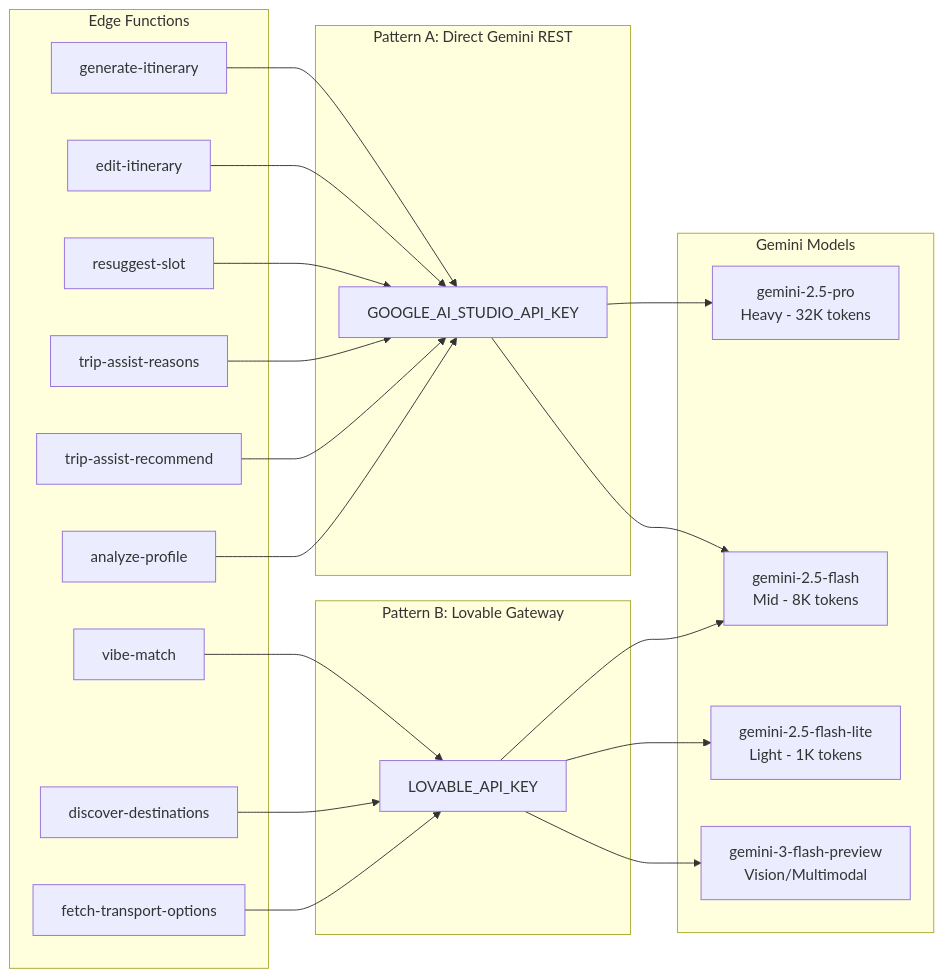
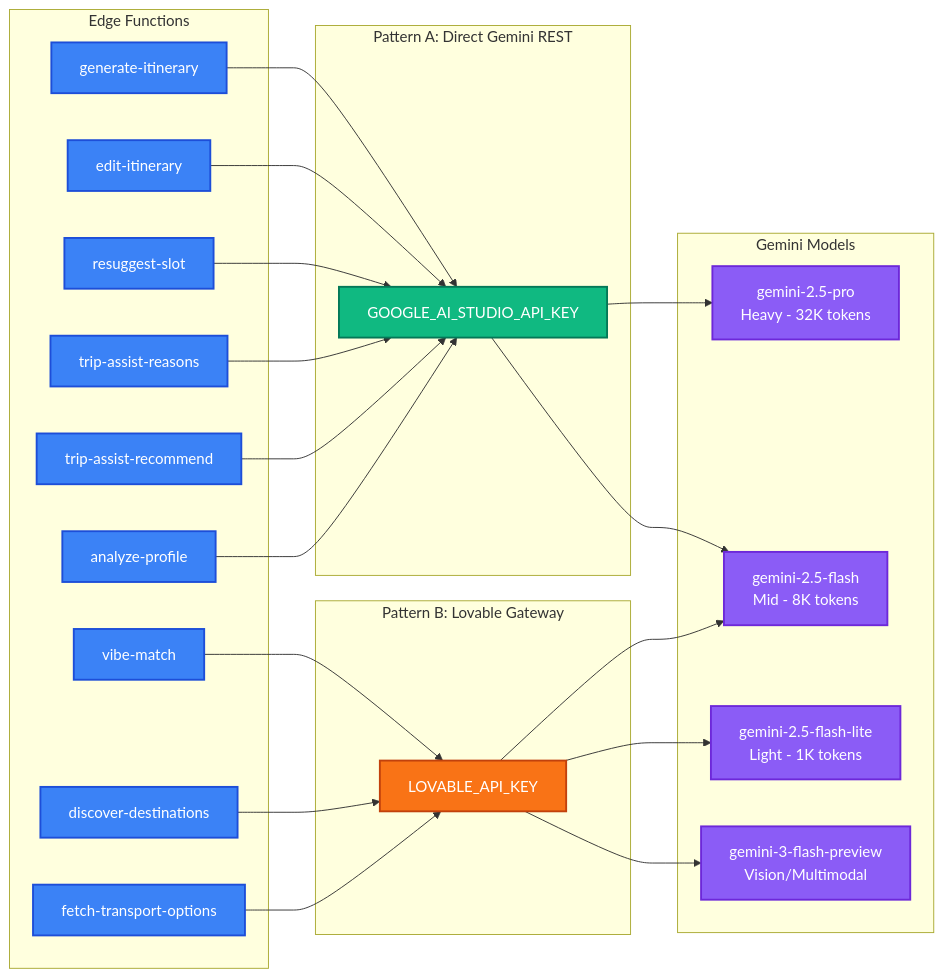
One commit to Adamya-Varshney/Xcurson-AI-Travel-Planner changed the fourth of 9 diagrams in README.md. Above: the diagram before and after it, drawn with Mermaid. The commit also changed other lines of this file, not shown here.

First line of the commit message:
Style README diagrams with bright color-coded theme

````diff
--- a/README.md
+++ b/README.md
@@ -374,36 +401,46 @@
 ```mermaid
 flowchart LR
     subgraph FUNCS["Edge Functions"]
         F1["generate-itinerary"]
         F2["edit-itinerary"]
         F3["resuggest-slot"]
         F4["trip-assist-reasons"]
         F5["trip-assist-recommend"]
         F6["analyze-profile"]
         F7["vibe-match"]
         F8["discover-destinations"]
         F9["fetch-transport-options"]
     end
 
     subgraph PATTERN_A["Pattern A: Direct Gemini REST"]
         KEY_A["GOOGLE_AI_STUDIO_API_KEY"]
     end
 
     subgraph PATTERN_B["Pattern B: Lovable Gateway"]
         KEY_B["LOVABLE_API_KEY"]
     end
 
     subgraph MODELS["Gemini Models"]
         M1["gemini-2.5-pro\nHeavy - 32K tokens"]
         M2["gemini-2.5-flash\nMid - 8K tokens"]
         M3["gemini-2.5-flash-lite\nLight - 1K tokens"]
         M4["gemini-3-flash-preview\nVision/Multimodal"]
     end
 
     F1 & F2 & F3 --> KEY_A
     F4 & F5 & F6 --> KEY_A
     F7 & F8 & F9 --> KEY_B
 
     KEY_A --> M1 & M2
     KEY_B --> M2 & M3 & M4
+
+    classDef func fill:#3B82F6,stroke:#1D4ED8,color:#FFFFFF,stroke-width:2px
+    classDef keyA fill:#10B981,stroke:#047857,color:#FFFFFF,stroke-width:2px
+    classDef keyB fill:#F97316,stroke:#C2410C,color:#FFFFFF,stroke-width:2px
+    classDef model fill:#8B5CF6,stroke:#6D28D9,color:#FFFFFF,stroke-width:2px
+
+    class F1,F2,F3,F4,F5,F6,F7,F8,F9 func
+    class KEY_A keyA
+    class KEY_B keyB
+    class M1,M2,M3,M4 model
 ```
````
